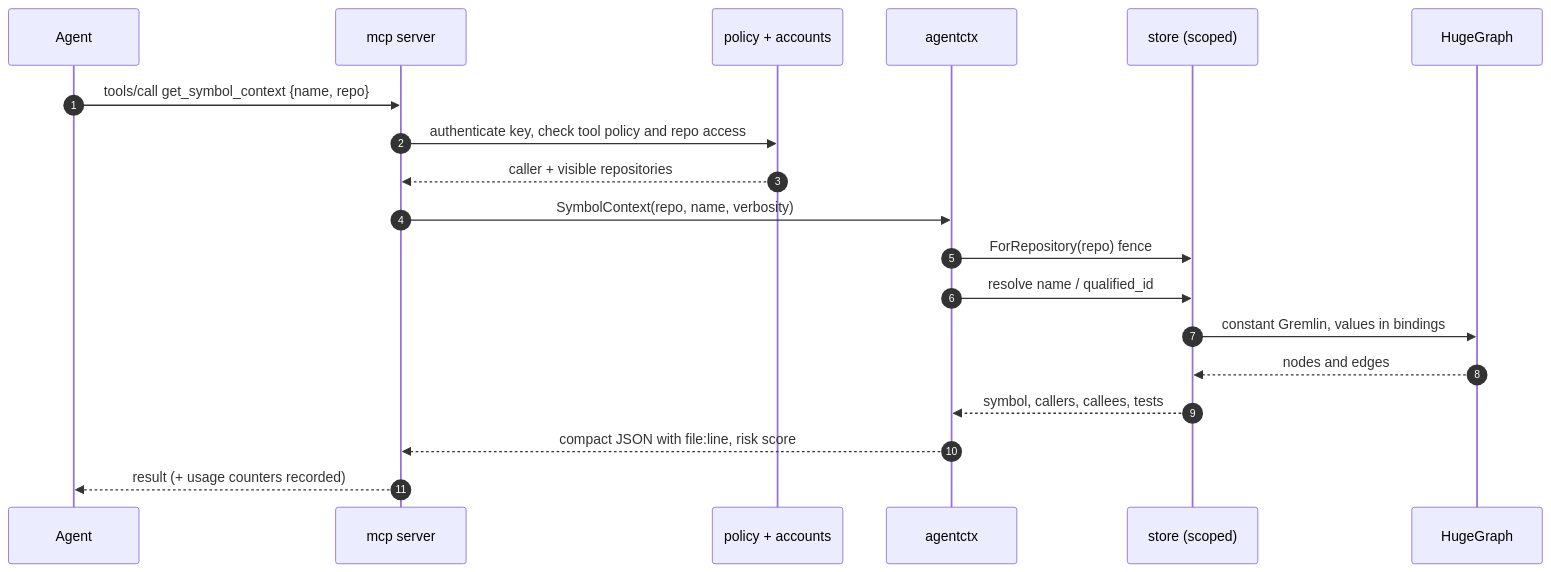
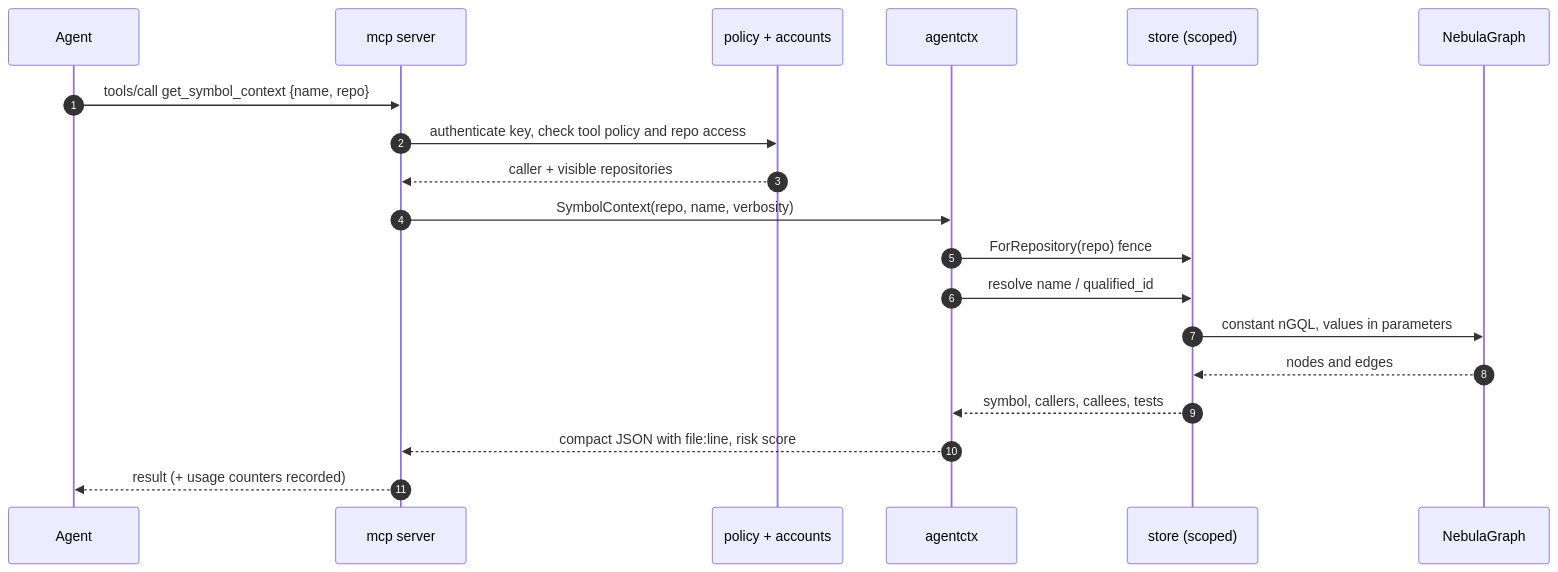
Before and after one commit to astrona-io/codesynapse: the second of 4 diagrams in docs/architecture/overview.md, drawn with Mermaid. The commit also changed other lines of this file and 75 other files, not shown here.

First line of the commit message:
feat!: NebulaGraph replaces HugeGraph (#317)

````diff
--- a/docs/architecture/overview.md
+++ b/docs/architecture/overview.md
@@ -70,22 +70,22 @@
 ```mermaid
 sequenceDiagram
     autonumber
     participant Agent
     participant MCP as mcp server
     participant Auth as policy + accounts
     participant Ctx as agentctx
     participant Store as store (scoped)
-    participant DB as HugeGraph
+    participant DB as NebulaGraph
 
     Agent->>MCP: tools/call get_symbol_context {name, repo}
     MCP->>Auth: authenticate key, check tool policy and repo access
     Auth-->>MCP: caller + visible repositories
     MCP->>Ctx: SymbolContext(repo, name, verbosity)
     Ctx->>Store: ForRepository(repo) fence
     Ctx->>Store: resolve name / qualified_id
-    Store->>DB: constant Gremlin, values in bindings
+    Store->>DB: constant nGQL, values in parameters
     DB-->>Store: nodes and edges
     Store-->>Ctx: symbol, callers, callees, tests
     Ctx-->>MCP: compact JSON with file:line, risk score
     MCP-->>Agent: result (+ usage counters recorded)
 ```
````
